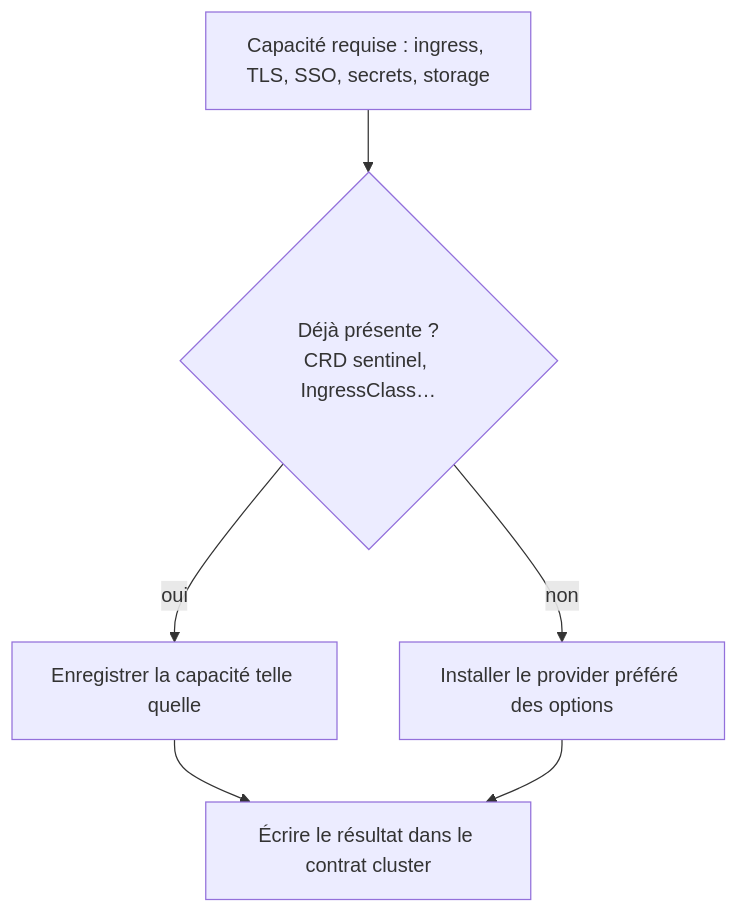
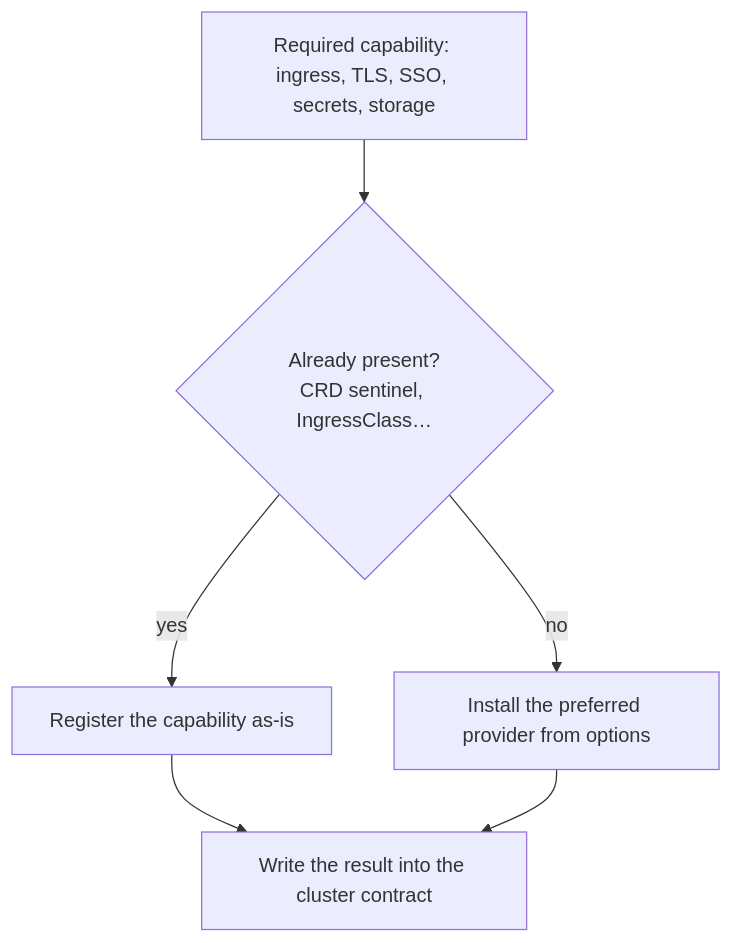
Before and after one commit to sebt3/vynil: the second of 3 diagrams in docs/distribution.md, drawn with Mermaid. The commit also changed other lines of this file and 47 other files, not shown here.

````diff
--- a/docs/distribution.md
+++ b/docs/distribution.md
@@ -90,8 +90,8 @@
 ```mermaid
 flowchart TD
-    A[Capacité requise : ingress, TLS, SSO, secrets, storage] --> B{Déjà présente ?<br/>CRD sentinel, IngressClass…}
-    B -->|oui| C[Enregistrer la capacité telle quelle]
-    B -->|non| D[Installer le provider préféré des options]
-    C --> E[Écrire le résultat dans le contrat cluster]
+    A[Required capability: ingress, TLS, SSO, secrets, storage] --> B{Already present?<br/>CRD sentinel, IngressClass…}
+    B -->|yes| C[Register the capability as-is]
+    B -->|no| D[Install the preferred provider from options]
+    C --> E[Write the result into the cluster contract]
     D --> E
 ```
````
